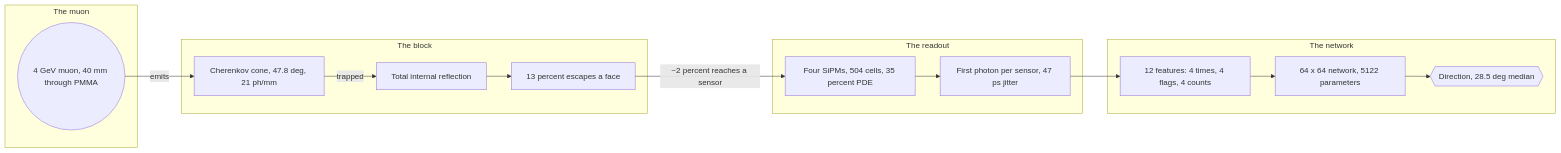
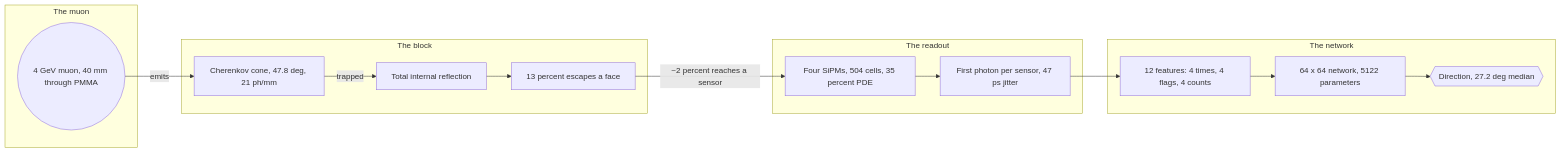
Before and after one commit to oskuhansson/CanLab: the diagram in docs/muon/overview.md, drawn with Mermaid. The commit also changed other lines of this file and 9 other files, not shown here.

````diff
--- a/docs/muon/overview.md
+++ b/docs/muon/overview.md
@@ -31,28 +31,28 @@
 ```mermaid
 flowchart LR
     subgraph G_MUON["The muon"]
         MUON(("4 GeV muon, 40 mm through PMMA"))
     end
     subgraph G_LIGHT["The block"]
         CONE["Cherenkov cone, 47.8 deg, 21 ph/mm"]
         TIR["Total internal reflection"]
         FACE["13 percent escapes a face"]
     end
     subgraph G_SENSOR["The readout"]
         SIPM["Four SiPMs, 504 cells, 35 percent PDE"]
         TDC["First photon per sensor, 47 ps jitter"]
     end
     subgraph G_NET["The network"]
         FEAT["12 features: 4 times, 4 flags, 4 counts"]
         MLP["64 x 64 network, 5122 parameters"]
-        DIR{{"Direction, 28.5 deg median"}}
+        DIR{{"Direction, 27.2 deg median"}}
     end
     MUON -->|"emits"| CONE
     CONE -->|"trapped"| TIR
     TIR --> FACE
     FACE -->|"~2 percent reaches a sensor"| SIPM
     SIPM --> TDC
     TDC --> FEAT
     FEAT --> MLP
     MLP --> DIR
 ```
````
